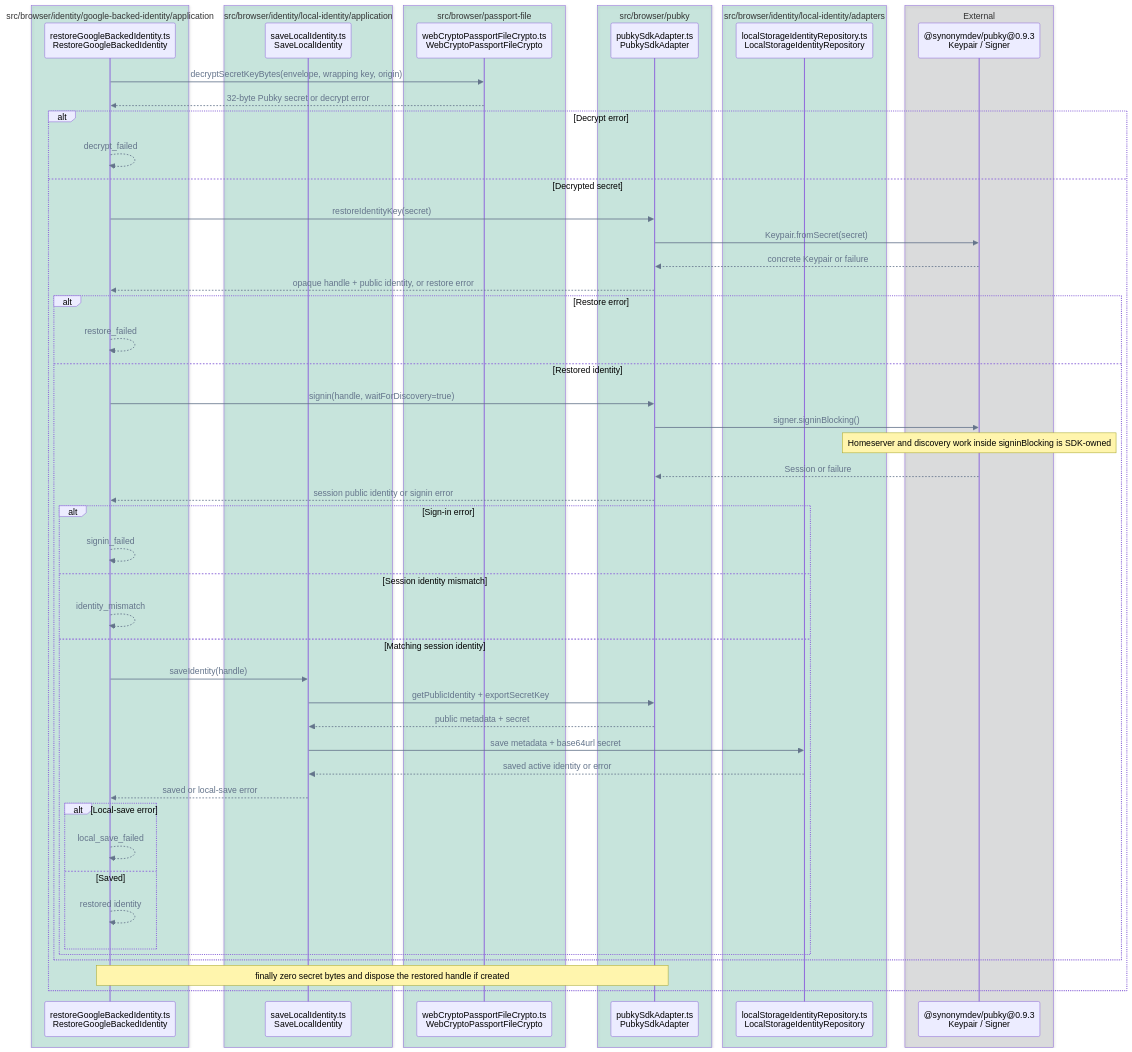
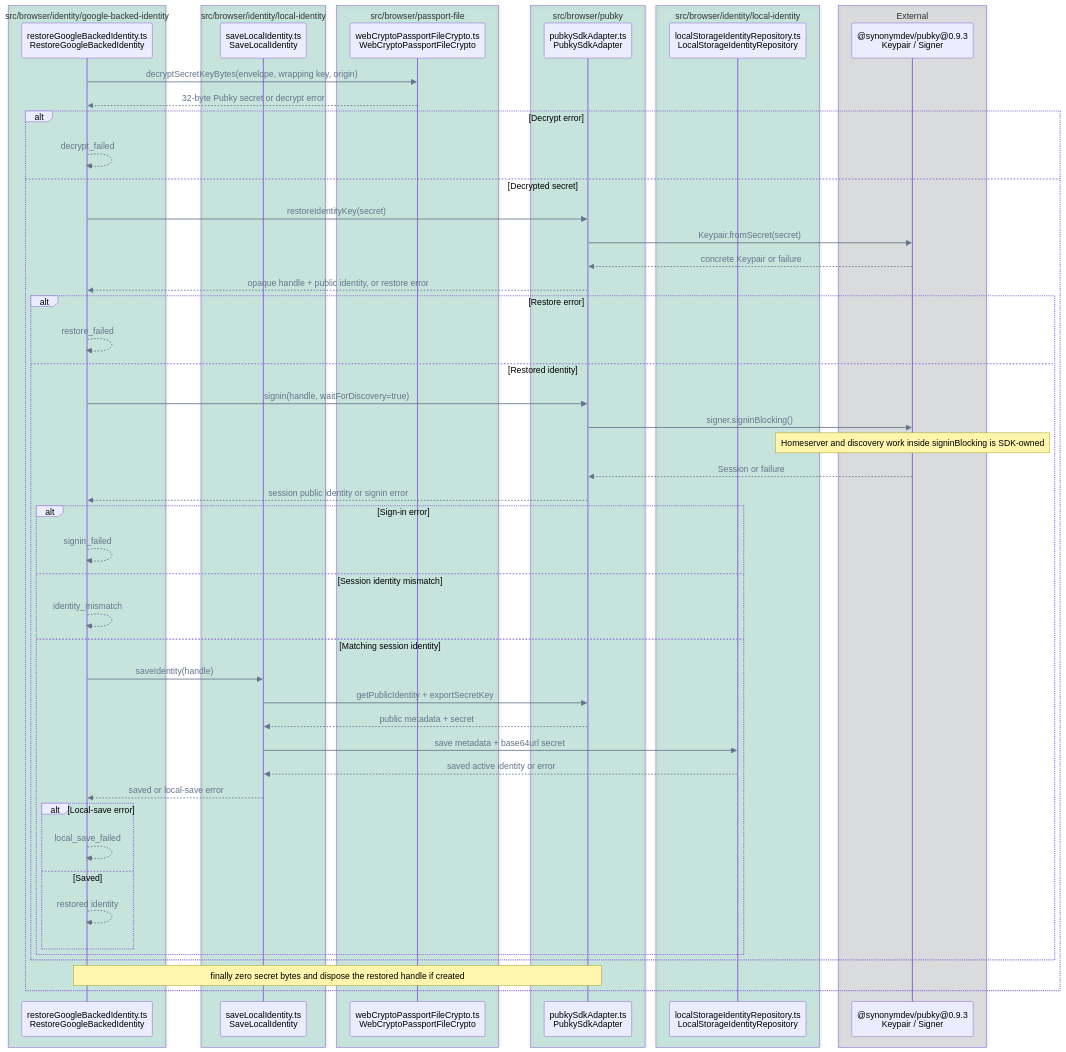
Before and after one commit to pubky/pubky-passport: the ninth of 14 diagrams in FLOWS.md, drawn with Mermaid. The commit also changed other lines of this file and 66 other files, not shown here.

````diff
--- a/FLOWS.md
+++ b/FLOWS.md
@@ -456,62 +456,62 @@
 ```mermaid
 %%{init: {"themeVariables": {"signalColor": "#64748B", "signalTextColor": "#64748B"}}}%%
 sequenceDiagram
     accTitle: Existing identity restore call flow
     accDescr: Browser crypto decrypts the Passport file envelope, PubkySdkAdapter signs in with the restored key, and only a matching activated Pubky identity is saved locally; failures stop before later stages and cleanup runs after decryption succeeds.
-    box rgba(0, 158, 115, 0.18) src/browser/identity/google-backed-identity/application
+    box rgba(0, 158, 115, 0.18) src/browser/identity/google-backed-identity
         participant Restore as restoreGoogleBackedIdentity.ts<br/>RestoreGoogleBackedIdentity
     end
-    box rgba(0, 158, 115, 0.18) src/browser/identity/local-identity/application
+    box rgba(0, 158, 115, 0.18) src/browser/identity/local-identity
         participant Local as saveLocalIdentity.ts<br/>SaveLocalIdentity
     end
     box rgba(0, 158, 115, 0.18) src/browser/passport-file
         participant Crypto as webCryptoPassportFileCrypto.ts<br/>WebCryptoPassportFileCrypto
     end
     box rgba(0, 158, 115, 0.18) src/browser/pubky
         participant Pubky as pubkySdkAdapter.ts<br/>PubkySdkAdapter
     end
-    box rgba(0, 158, 115, 0.18) src/browser/identity/local-identity/adapters
+    box rgba(0, 158, 115, 0.18) src/browser/identity/local-identity
         participant Repo as localStorageIdentityRepository.ts<br/>LocalStorageIdentityRepository
     end
     box rgba(17, 24, 39, 0.12) External
         participant SDK as @synonymdev/pubky@0.9.3<br/>Keypair / Signer
     end
 
     Restore->>Crypto: decryptSecretKeyBytes(envelope, wrapping key, origin)
     Crypto-->>Restore: 32-byte Pubky secret or decrypt error
     alt Decrypt error
         Restore-->>Restore: decrypt_failed
     else Decrypted secret
         Restore->>Pubky: restoreIdentityKey(secret)
         Pubky->>SDK: Keypair.fromSecret(secret)
         SDK-->>Pubky: concrete Keypair or failure
         Pubky-->>Restore: opaque handle + public identity, or restore error
         alt Restore error
             Restore-->>Restore: restore_failed
         else Restored identity
             Restore->>Pubky: signin(handle, waitForDiscovery=true)
             Pubky->>SDK: signer.signinBlocking()
             Note over SDK: Homeserver and discovery work inside signinBlocking is SDK-owned
             SDK-->>Pubky: Session or failure
             Pubky-->>Restore: session public identity or signin error
             alt Sign-in error
                 Restore-->>Restore: signin_failed
             else Session identity mismatch
                 Restore-->>Restore: identity_mismatch
             else Matching session identity
                 Restore->>Local: saveIdentity(handle)
                 Local->>Pubky: getPublicIdentity + exportSecretKey
                 Pubky-->>Local: public metadata + secret
                 Local->>Repo: save metadata + base64url secret
                 Repo-->>Local: saved active identity or error
                 Local-->>Restore: saved or local-save error
                 alt Local-save error
                     Restore-->>Restore: local_save_failed
                 else Saved
                     Restore-->>Restore: restored identity
                 end
             end
         end
         Note over Restore,Pubky: finally zero secret bytes and dispose the restored handle if created
     end
 ```
````
